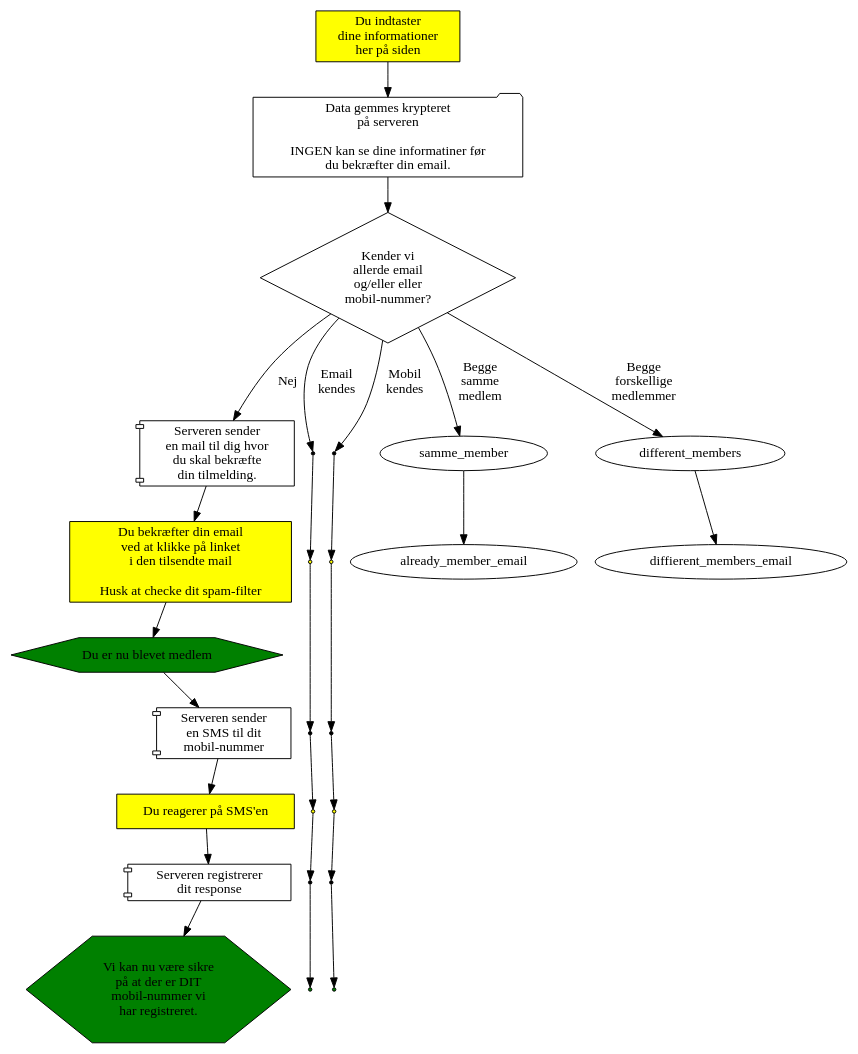
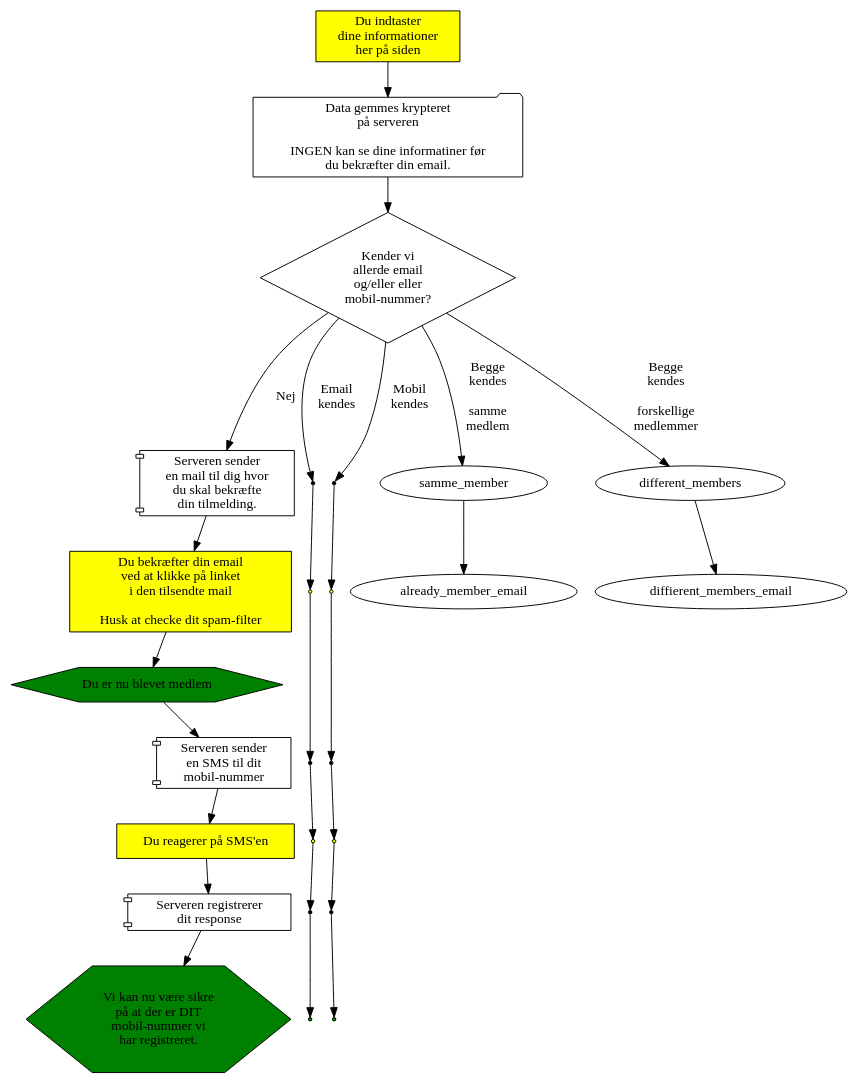
The diagram in medlemskab/indmeldelse.dot (alslug/alslug.dk), drawn with Graphviz before and after one commit.

```diff
--- a/medlemskab/indmeldelse.dot
+++ b/medlemskab/indmeldelse.dot
@@ -1,71 +1,71 @@
 digraph indmeldelse {
   { # Dine handlinger
     node [ shape=box style=filled fillcolor=yellow ];
     indtast                [label="Du indtaster\ndine informationer\nher på siden"];
     subgraph cluster_server_sender_email {
       style=invis;
       node                 [label="Du bekræfter din email\nved at klikke på linket\ni den tilsendte mail\n\nHusk at checke dit spam-filter"];
       confirm_email_nyt_medlem;
       confirm_email_email_known [shape=point];
       confirm_email_mobil_known [shape=point];
     }
     subgraph cluster_server_sender_sms {
       style=invis;
       node                 [label="Du reagerer på SMS'en"];
       confirm_sms_nyt_medlem;
       confirm_sms_email_known [shape=point];
       confirm_sms_mobil_known [shape=point];
     }
   }
   send_tilmelding        [shape=folder label="Data gemmes krypteret \n på serveren \n \n INGEN kan se dine informatiner før \n du bekræfter din email."];
   { # Server-aktiviteter
     node [shape=component];
     subgraph cluster_server_sender_email {
       style=invis;
       node                 [label="Serveren sender \n en mail til dig hvor \n du skal bekræfte \n din tilmelding."];
       server_sender_emai_nyt_medlem;
       server_sender_email_email_known [shape=point];
       server_sender_email_mobil_known [shape=point];
     }
     subgraph cluster_server_sender_sms {
       style=invis;
       node                 [label="Serveren sender \n en SMS til dit \n mobil-nummer"];
       server_sender_sms_nyt_medlem;
       server_sender_sms_email_known [shape=point];
       server_sender_sms_mobil_known [shape=point];
     }
     subgraph cluster_sms_confirmed {
       style=invis;
       node                 [label="Serveren registrerer \n dit response"];
       sms_confirmed_nyt_medlem;
       sms_confirmed_email_known [shape=point];
       sms_confirmed_mobil_known [shape=point];
     }
   }
   { # Results
     node [shape=hexagon   style=filled fillcolor=green ];
     du_biver_medlem        [label="Du er nu blevet medlem"];
     mobile_ok              [label="Vi kan nu være sikre \n på at der er DIT \n mobil-nummer vi \n har registreret."]; 
     email_added            [label="Den nye \n ekstra email er \n registreret." shape=point];
     mobil_added            [label="Dit nye \n mobil-nummer er \n registreret." shape=point]; 
   }
   { # Valg
     node [shape=diamond];
     findes_allerede        [label="Kender vi \n allerde email \n og/eller eller \n mobil-nummer?"];
   }
 
   indtast -> send_tilmelding -> findes_allerede;
                                 findes_allerede -> server_sender_emai_nyt_medlem   [label="Nej"];
                                                    server_sender_emai_nyt_medlem -> confirm_email_nyt_medlem -> du_biver_medlem ->
                                                    server_sender_sms_nyt_medlem  -> confirm_sms_nyt_medlem   -> sms_confirmed_nyt_medlem -> mobile_ok;
                                 findes_allerede -> server_sender_email_email_known [label="Email \n kendes"];
                                                    server_sender_email_email_known -> confirm_email_email_known  ->
                                                    server_sender_sms_email_known   -> confirm_sms_email_known    -> sms_confirmed_email_known -> mobil_added;
                                 findes_allerede -> server_sender_email_mobil_known [label="Mobil \n kendes"];
                                                    server_sender_email_mobil_known -> confirm_email_mobil_known  ->
                                                    server_sender_sms_mobil_known   -> confirm_sms_mobil_known    -> sms_confirmed_mobil_known -> email_added;
-                                findes_allerede-> samme_member                     [label="Begge \n samme \n medlem"];
+                                findes_allerede-> samme_member                     [label="Begge \n kendes \n\n samme \n medlem"];
                                                   samme_member      -> already_member_email;
-                                findes_allerede-> different_members                [label="Begge \n forskellige \n medlemmer"];
+                                findes_allerede-> different_members                [label="Begge \n kendes \n\n forskellige \n medlemmer"];
                                                   different_members -> diffierent_members_email;
 }
```
